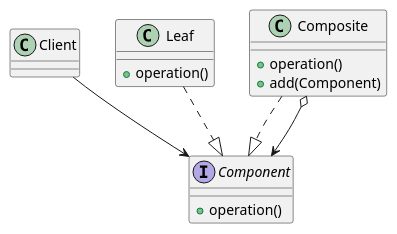
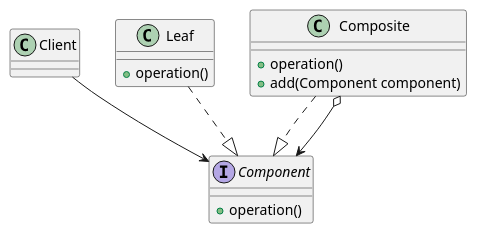
The diagram in patterns/composite.puml (gillescoolen/design-patterns), drawn with PlantUML before and after one commit. The commit also changed 2 other files, not shown here.

```diff
--- a/patterns/composite.puml
+++ b/patterns/composite.puml
@@ -1,24 +1,24 @@
 @startuml composite
 
 class Client
 
 interface Component {
   + operation()
 }
 
 class Leaf {
   + operation()
 }
 
 class Composite {
   + operation()
-  + add(Component)
+  + add(Component component)
 }
 
 Client --> Component
 
 Leaf ..|> Component
 Composite ..|> Component
 Composite o--> Component
 
 @enduml
```
